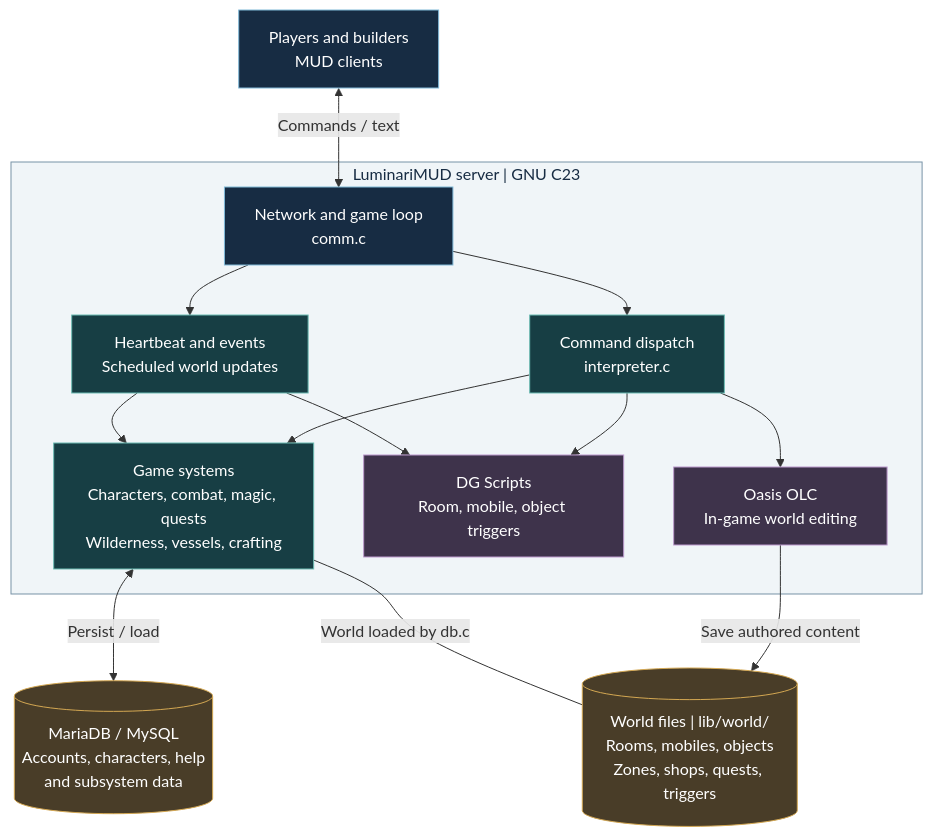
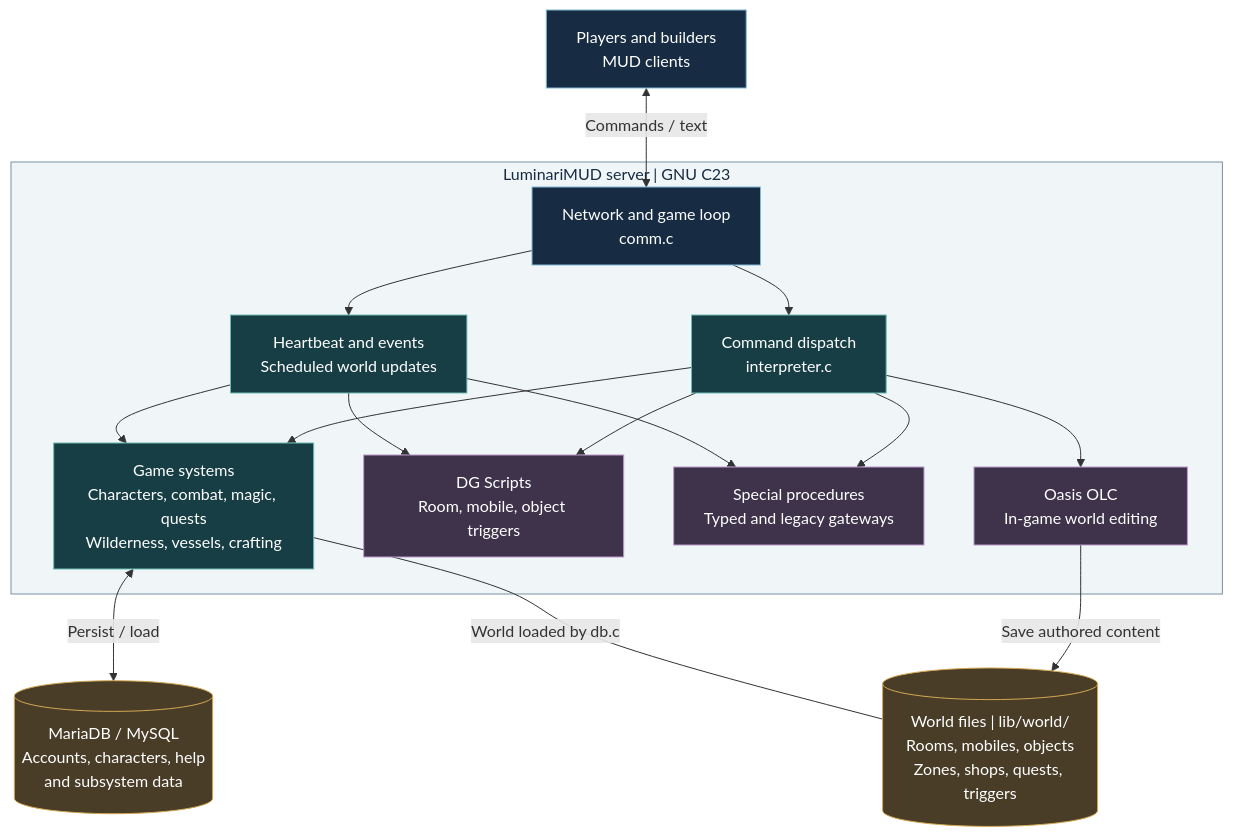
Before and after one commit to LuminariMUD/Luminari-Source: the diagram in README.md, drawn with Mermaid. The commit also changed other lines of this file, not shown here.

Commit message:
Refresh README setup, architecture, and project status

````diff
--- a/README.md
+++ b/README.md
@@ -69,38 +134,41 @@
 ```mermaid
 flowchart TB
     players["Players and builders<br/>MUD clients"]
 
     subgraph server["LuminariMUD server | GNU C23"]
         loop["Network and game loop<br/>comm.c"]
         commands["Command dispatch<br/>interpreter.c"]
         ticks["Heartbeat and events<br/>Scheduled world updates"]
         game["Game systems<br/>Characters, combat, magic, quests<br/>Wilderness, vessels, crafting"]
         scripts["DG Scripts<br/>Room, mobile, object triggers"]
+        specials["Special procedures<br/>Typed and legacy gateways"]
         olc["Oasis OLC<br/>In-game world editing"]
     end
 
     database[("MariaDB / MySQL<br/>Accounts, characters, help<br/>and subsystem data")]
     world[("World files | lib/world/<br/>Rooms, mobiles, objects<br/>Zones, shops, quests, triggers")]
 
     players <-->|"Commands / text"| loop
     loop --> commands
     loop --> ticks
     commands --> game
     ticks --> game
     commands --> scripts
     ticks --> scripts
+    commands --> specials
+    ticks --> specials
     commands --> olc
     game <-->|"Persist / load"| database
     olc -->|"Save authored content"| world
     game ---|"World loaded by db.c"| world
 
     classDef entry fill:#172c43,stroke:#80b9d8,color:#ffffff
     classDef runtime fill:#173e44,stroke:#6dbcb4,color:#ffffff
     classDef content fill:#3e334b,stroke:#bc9acd,color:#ffffff
     classDef storage fill:#493d28,stroke:#d4a853,color:#ffffff
     class players,loop entry
     class commands,ticks,game runtime
-    class scripts,olc content
+    class scripts,specials,olc content
     class database,world storage
     style server fill:#f0f5f8,stroke:#7893a7,color:#172c43
 ```
````
